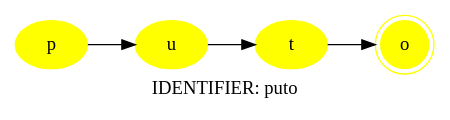
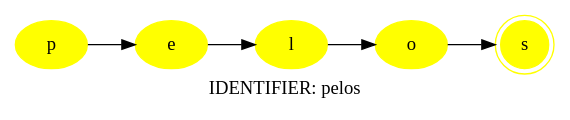
Before and after one commit to Jbrod5/lenguajes: the diagram in parser-py/Plots/0_toPlot.dot, drawn with Graphviz. The commit also changed 5 other files, not shown here.

```diff
--- a/parser-py/Plots/0_toPlot.dot
+++ b/parser-py/Plots/0_toPlot.dot
@@ -1,11 +1,13 @@
 digraph Plot{
    rankdir = LR;
-   label = "IDENTIFIER: puto";
+   label = "IDENTIFIER: pelos";
     n0[style = filled, color = yellow, label = "p"];
-    n1[style = filled, color = yellow, label = "u"];
-    n2[style = filled, color = yellow, label = "t"];
-    n3[style = filled, color = yellow, label = "o" ,shape = doublecircle];
+    n1[style = filled, color = yellow, label = "e"];
+    n2[style = filled, color = yellow, label = "l"];
+    n3[style = filled, color = yellow, label = "o"];
+    n4[style = filled, color = yellow, label = "s" ,shape = doublecircle];
     n0 -> n1;
     n1 -> n2;
     n2 -> n3;
+    n3 -> n4;
 }
```
